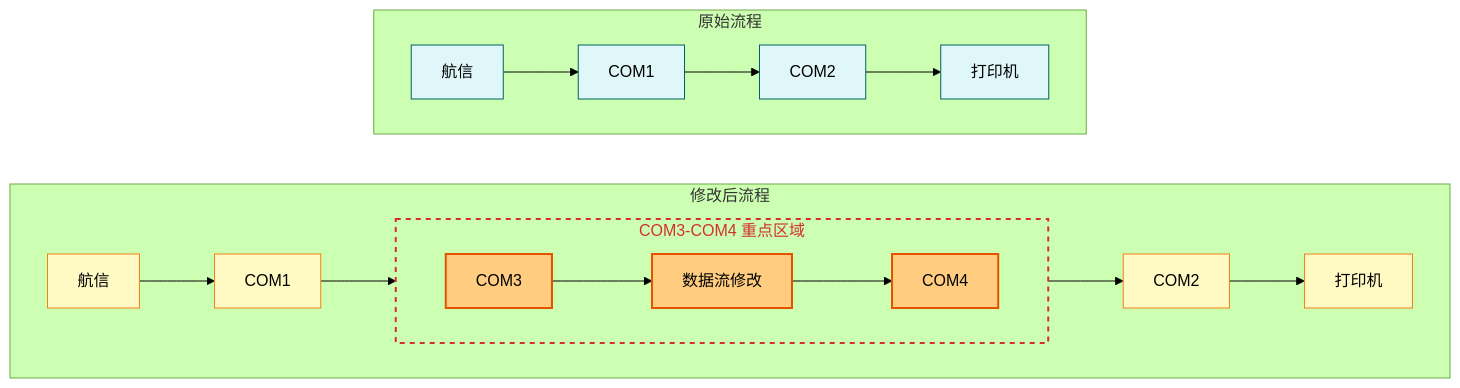
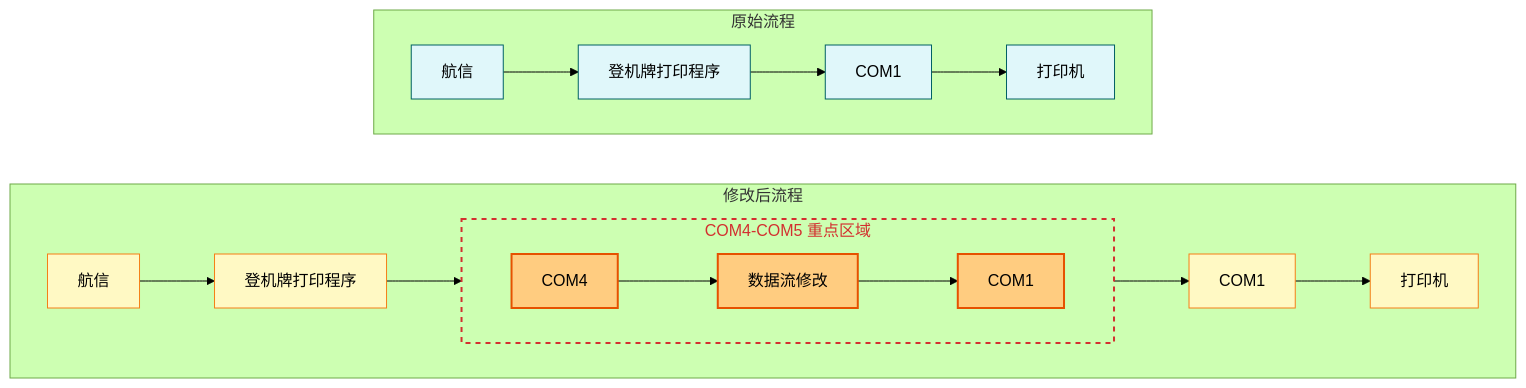
Before and after one commit to changweihua/changweihua.github.io: the third of 5 diagrams in zh-CN/gallery/bpp.md, drawn with Mermaid (forest theme). The commit also changed other lines of this file and 5 other files, not shown here.

````diff
--- a/zh-CN/gallery/bpp.md
+++ b/zh-CN/gallery/bpp.md
@@ -46,32 +46,32 @@
 ```mermaid
 graph TB
     subgraph original [原始流程]
         direction LR
-        A[航信] --> B[COM1] --> C[COM2] --> D[打印机]
+        A[航信] --> B[登机牌打印程序] --> C[COM1] --> D[打印机]
     end
 
     subgraph modified [修改后流程]
         direction LR
-        A1[航信] --> B1[COM1]
-        subgraph highlight [COM3-COM4 重点区域]
+        A1[航信] --> B1[登机牌打印程序]
+        subgraph highlight [COM4-COM5 重点区域]
             direction LR
-            C1[COM3] --> D1[数据流修改] --> E1[COM4]
+            C1[COM4] --> D1[数据流修改] --> E1[COM1]
         end
         B1 --> C1
-        E1 --> F1[COM2] --> G1[打印机]
+        E1 --> F1[COM1] --> G1[打印机]
     end
 
     original ~~~ modified
 
     %% 节点样式分类
     classDef orig fill:#E0F7FA,stroke:#006064,color:#000
     classDef mod fill:#FFF9C4,stroke:#F57F17,color:#000
     classDef hl fill:#FFCC80,stroke:#E65100,stroke-width:2px,color:#000
 
     class A,B,C,D orig
     class A1,B1,F1,G1 mod
     class C1,D1,E1 hl
 
     %% 虚线框样式
     style highlight stroke-dasharray: 5 5,stroke:#D32F2F,stroke-width:2px,fill:none,color:#D32F2F
 ```
````
